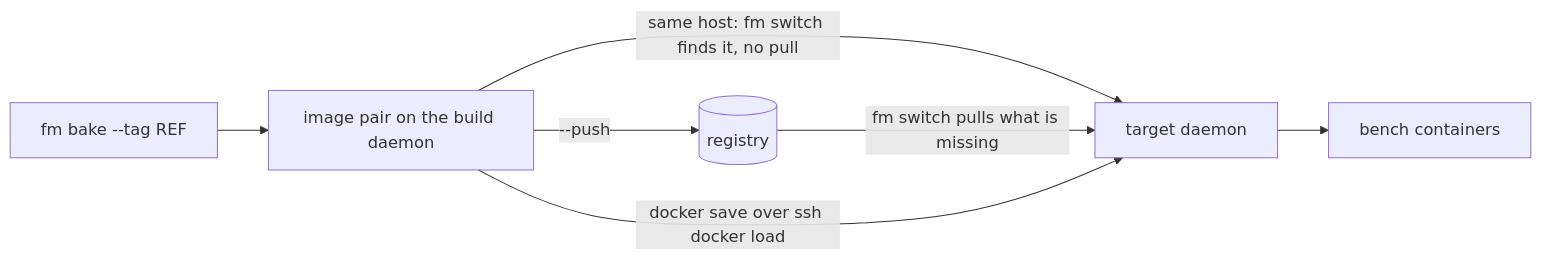
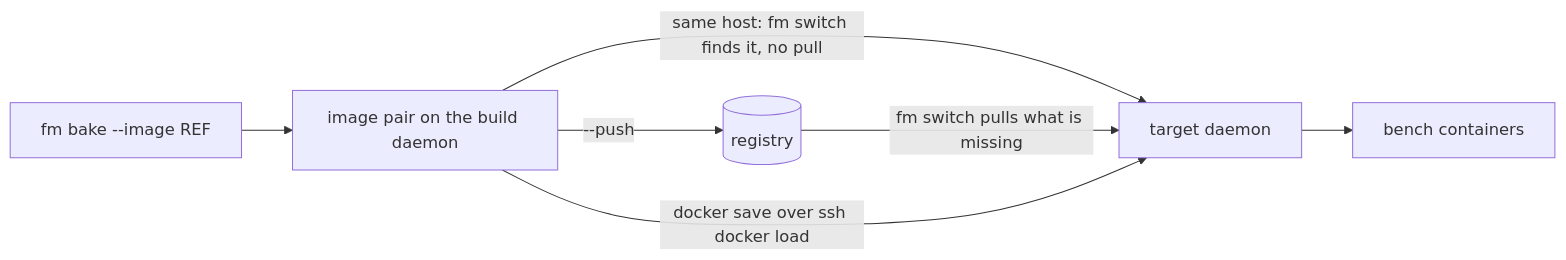
The diagram in docs/deploy/transports.md (rtCamp/Frappe-Manager), drawn with Mermaid before and after one commit. The commit also changed other lines of this file and 12 other files, not shown here.

````diff
--- a/docs/deploy/transports.md
+++ b/docs/deploy/transports.md
@@ -16,8 +16,8 @@
 ```mermaid
 flowchart LR
-    B["fm bake --tag REF"] --> LI[image pair on the build daemon]
+    B["fm bake --image REF"] --> LI[image pair on the build daemon]
     LI -->|"same host: fm switch finds it, no pull"| RD[target daemon]
     LI -->|"--push"| REG[(registry)] -->|"fm switch pulls what is missing"| RD
     LI -->|"docker save over ssh docker load"| RD
     RD --> RUN[bench containers]
 ```
````
